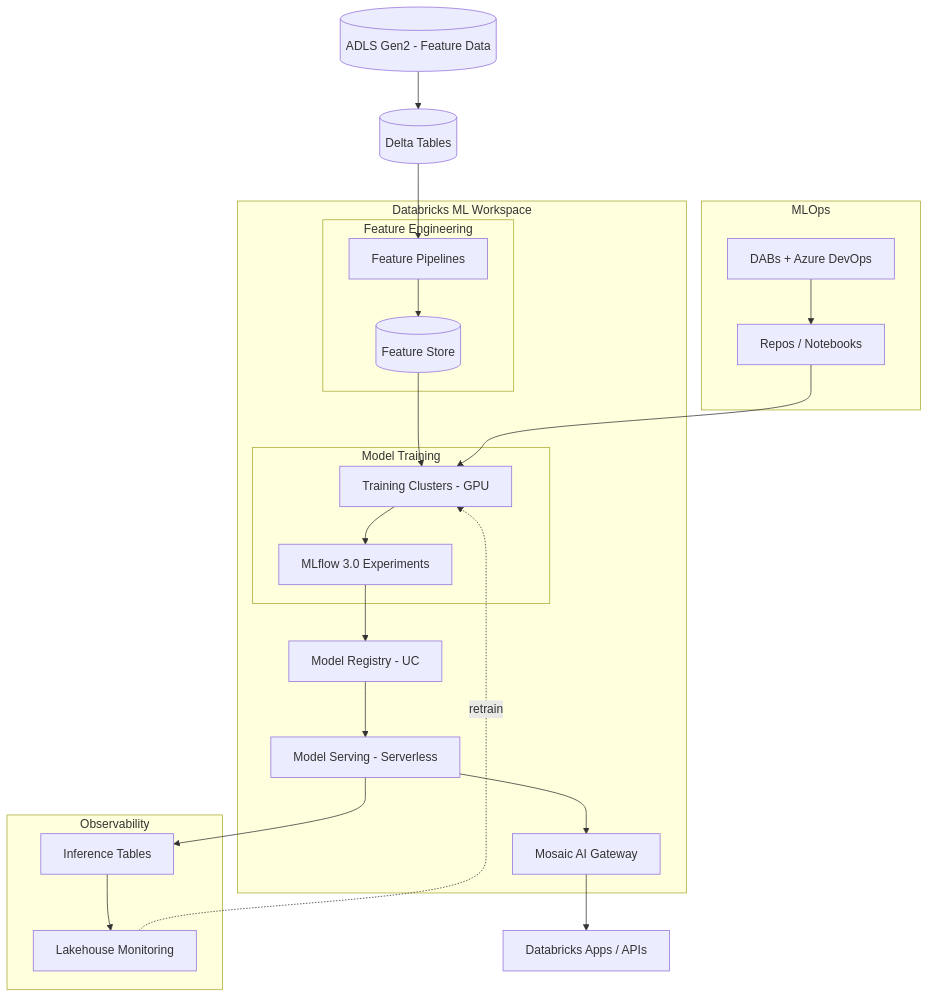
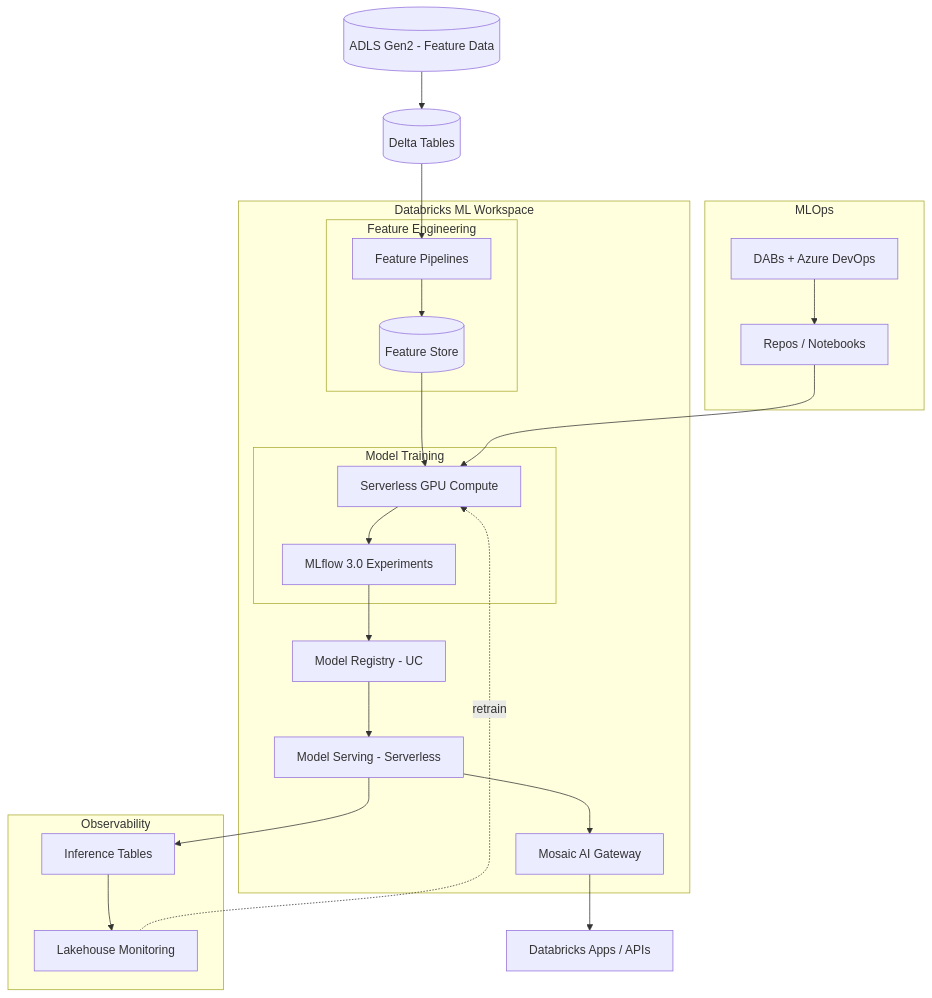
Before and after one commit to HaoZhang615/ads-copilot: the third of 9 diagrams in databricks-ads-session/references/databricks-patterns.md, drawn with Mermaid. The commit also changed other lines of this file and 15 other files, not shown here.

````diff
--- a/databricks-ads-session/references/databricks-patterns.md
+++ b/databricks-ads-session/references/databricks-patterns.md
@@ -163,39 +165,39 @@
 ```mermaid
 flowchart TB
   ADLS[(ADLS Gen2 - Feature Data)]
   DELTA[(Delta Tables)]
 
   subgraph DBX["Databricks ML Workspace"]
     subgraph FE["Feature Engineering"]
       FEAT_ENG[Feature Pipelines]
       FEAT_STORE[(Feature Store)]
     end
     subgraph MT["Model Training"]
-      TRAINING[Training Clusters - GPU]
+      TRAINING[Serverless GPU Compute]
       MLFLOW[MLflow 3.0 Experiments]
     end
     REGISTRY[Model Registry - UC]
     SERVING[Model Serving - Serverless]
     MOSAIC[Mosaic AI Gateway]
   end
 
   subgraph OBS["Observability"]
     MONITOR[Inference Tables]
     DRIFT[Lakehouse Monitoring]
   end
 
   subgraph MLOPS["MLOps"]
     CICD[DABs + Azure DevOps]
     NOTEBOOKS[Repos / Notebooks]
   end
 
   APPS[Databricks Apps / APIs]
 
   ADLS --> DELTA --> FEAT_ENG --> FEAT_STORE
   FEAT_STORE --> TRAINING --> MLFLOW
   MLFLOW --> REGISTRY --> SERVING --> MOSAIC --> APPS
   SERVING --> MONITOR
   MONITOR --> DRIFT
   DRIFT -.->|retrain| TRAINING
   CICD --> NOTEBOOKS --> TRAINING
 ```
````
